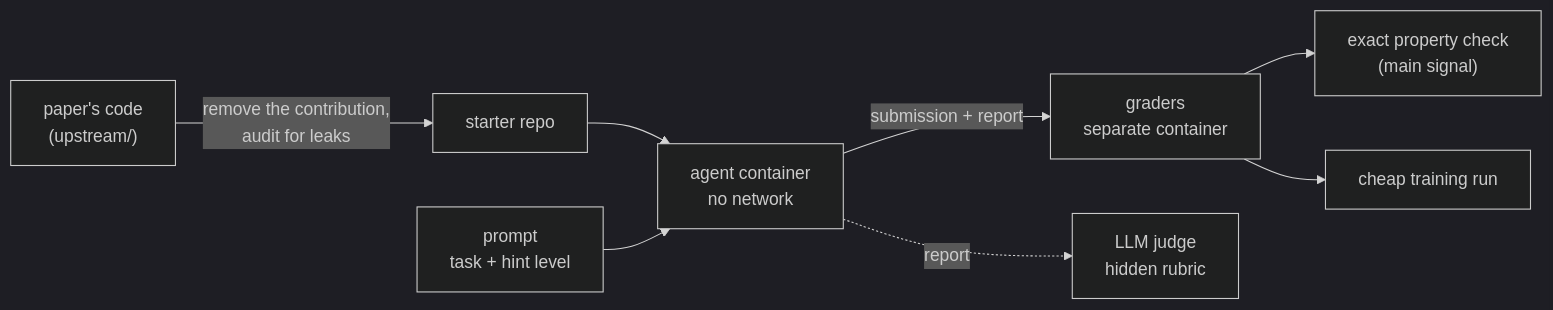
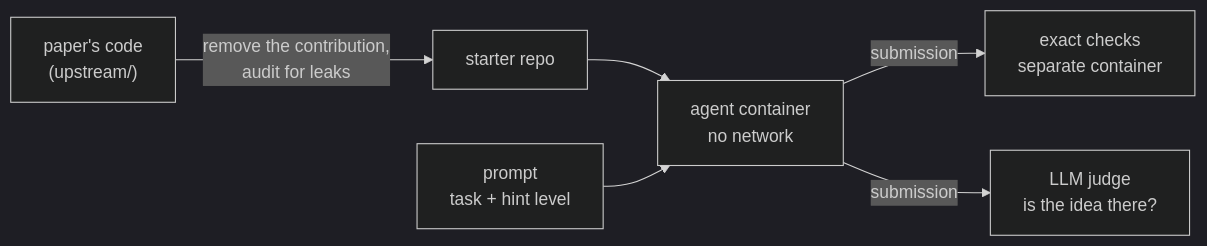
One commit to clementtisseau/paper2env changed the diagram in README.md. Above: the diagram before and after it, drawn with Mermaid (dark theme). The commit also changed other lines of this file and 38 other files, not shown here.

First line of the commit message:
Grader cleanup (1/2): check.py and judge.md replace theory/, empirical/, judge/

````diff
--- a/README.md
+++ b/README.md
@@ -110,10 +108,8 @@
 ```mermaid
 flowchart LR
     U["paper's code<br/>(upstream/)"] -->|"remove the contribution,<br/>audit for leaks"| S[starter repo]
     S --> A["agent container<br/>no network"]
     P["prompt<br/>task + hint level"] --> A
-    A -->|"submission + report"| G["graders<br/>separate container"]
-    G --> T["exact property check<br/>(main signal)"]
-    G --> E[cheap training run]
-    A -.->|report| J["LLM judge<br/>hidden rubric"]
+    A -->|submission| G["exact checks<br/>separate container"]
+    A -->|submission| J["LLM judge<br/>is the idea there?"]
 ```
````
